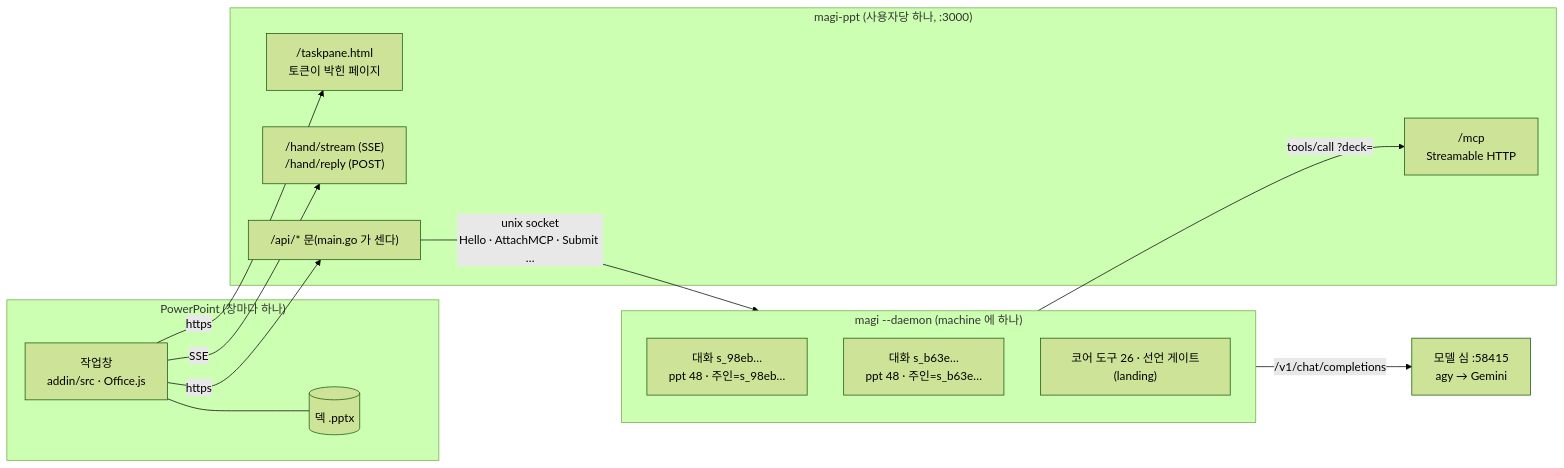
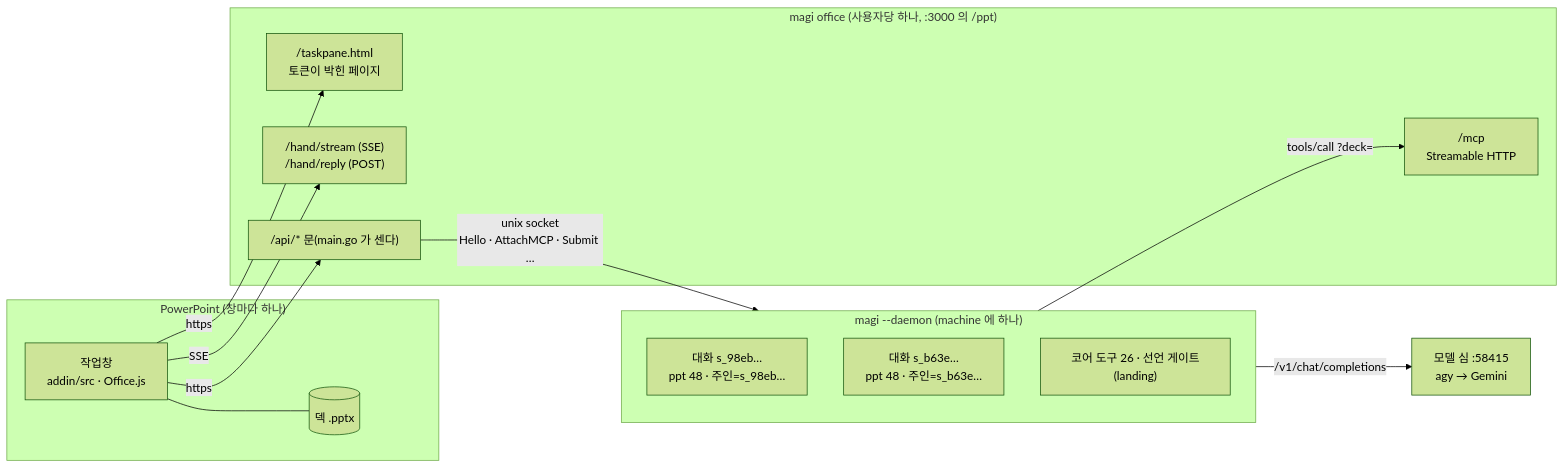
The first of 7 diagrams in clients/powerpoint/docs/DIAGRAMS.ko.md (sayaya1090/magi), drawn with Mermaid (forest theme) before and after one commit. The commit also changed 18 other files, not shown here.

First line of the commit message:
docs: one helper, one certificate, one installer — the app docs, CLIENTS and a clients/office/install.ps1

````diff
--- a/clients/powerpoint/docs/DIAGRAMS.ko.md
+++ b/clients/powerpoint/docs/DIAGRAMS.ko.md
@@ -19,26 +19,26 @@
 ```mermaid
 flowchart LR
   subgraph PPT["PowerPoint (창마다 하나)"]
     Deck[(덱 .pptx)]
     Pane["작업창<br/>addin/src · Office.js"]
     Pane --- Deck
   end
-  subgraph Helper["magi-ppt (사용자당 하나, :3000)"]
+  subgraph Helper["magi office (사용자당 하나, :3000 의 /ppt)"]
     Page["/taskpane.html<br/>토큰이 박힌 페이지"]
     Hand["/hand/stream (SSE)<br/>/hand/reply (POST)"]
     API["/api/* 문(main.go 가 센다)"]
     MCP["/mcp<br/>Streamable HTTP"]
   end
   subgraph Daemon["magi --daemon (machine 에 하나)"]
     S1["대화 s_98eb…<br/>ppt 48 · 주인=s_98eb…"]
     S2["대화 s_b63e…<br/>ppt 48 · 주인=s_b63e…"]
     Core["코어 도구 26 · 선언 게이트(landing)"]
   end
   Shim["모델 심 :58415<br/>agy → Gemini"]
   Pane -- https --> Page
   Pane -- SSE --> Hand
   Pane -- https --> API
   API -- "unix socket<br/>Hello · AttachMCP · Submit …" --> Daemon
   Daemon -- "tools/call ?deck=" --> MCP
   Daemon -- "/v1/chat/completions" --> Shim
 ```
````
